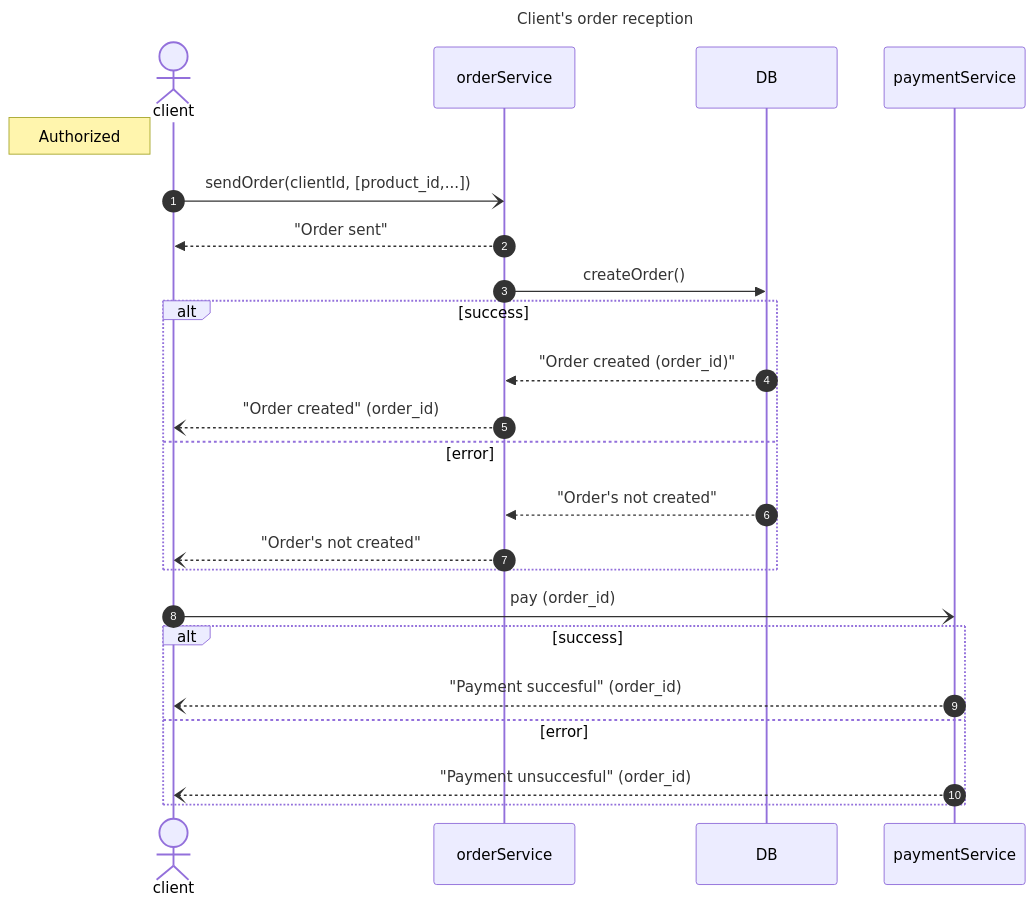
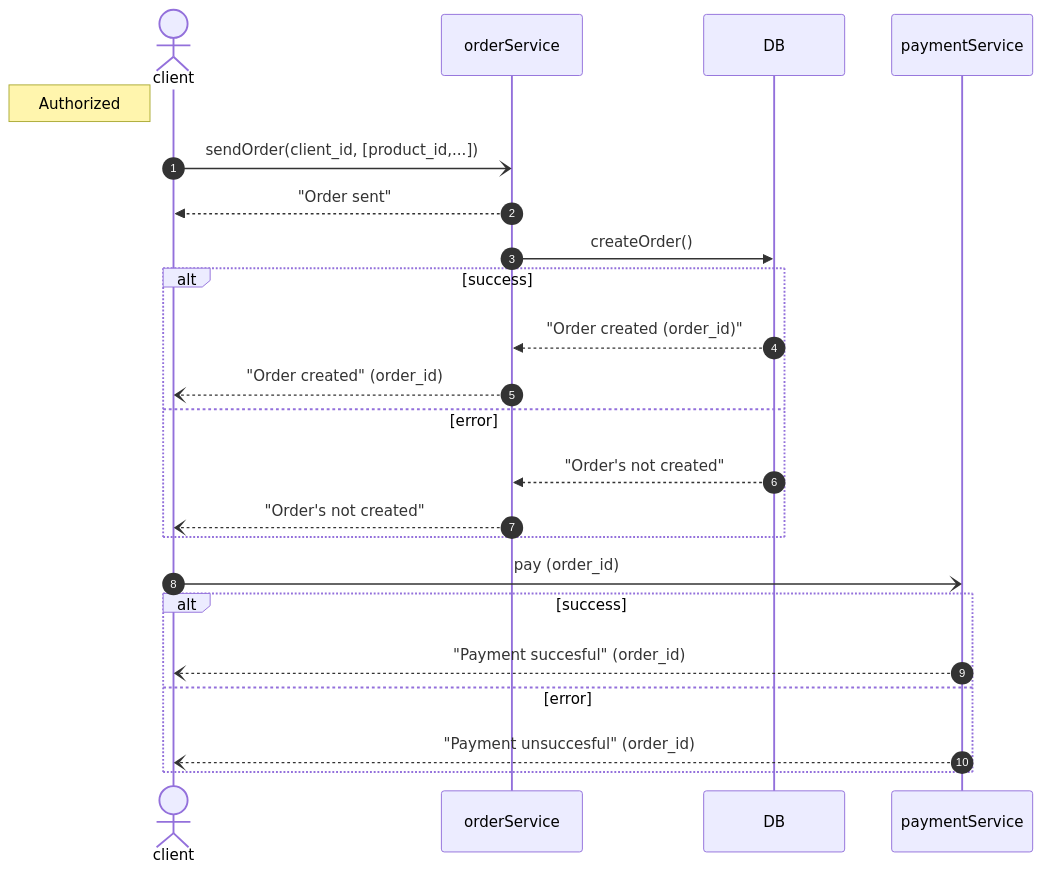
The diagram in abstract_order_api/# Кейс.md (oleshko-g/sa_cases), drawn with Mermaid before and after one commit. The commit also changed other lines of this file, not shown here.

````diff
--- a/abstract_order_api/# Кейс.md
+++ b/abstract_order_api/# Кейс.md
@@ -11,29 +9,27 @@
 ```mermaid
 sequenceDiagram
-    title Client's order reception
-    
+        
     actor client
     participant orderService
     participant DB
     participant paymentService
 
     autonumber
     note left of client : Authorized
-    client -) orderService: sendOrder(clientId, [product_id,...])
+    client -) orderService: sendOrder(client_id, [product_id,...])
     orderService -->> client:"Order sent"
     orderService ->> DB: createOrder()
     alt success
     DB -->> orderService: "Order created (order_id)"
     orderService --) client: "Order created" (order_id)
     else error
     DB -->> orderService: "Order's not created"
     orderService --) client: "Order's not created" 
     end
     client -) paymentService: pay (order_id)
     alt success 
     paymentService --) client: "Payment succesful" (order_id)
     else error
     paymentService --) client: "Payment unsuccesful" (order_id)
     end
-    
 ```
````
